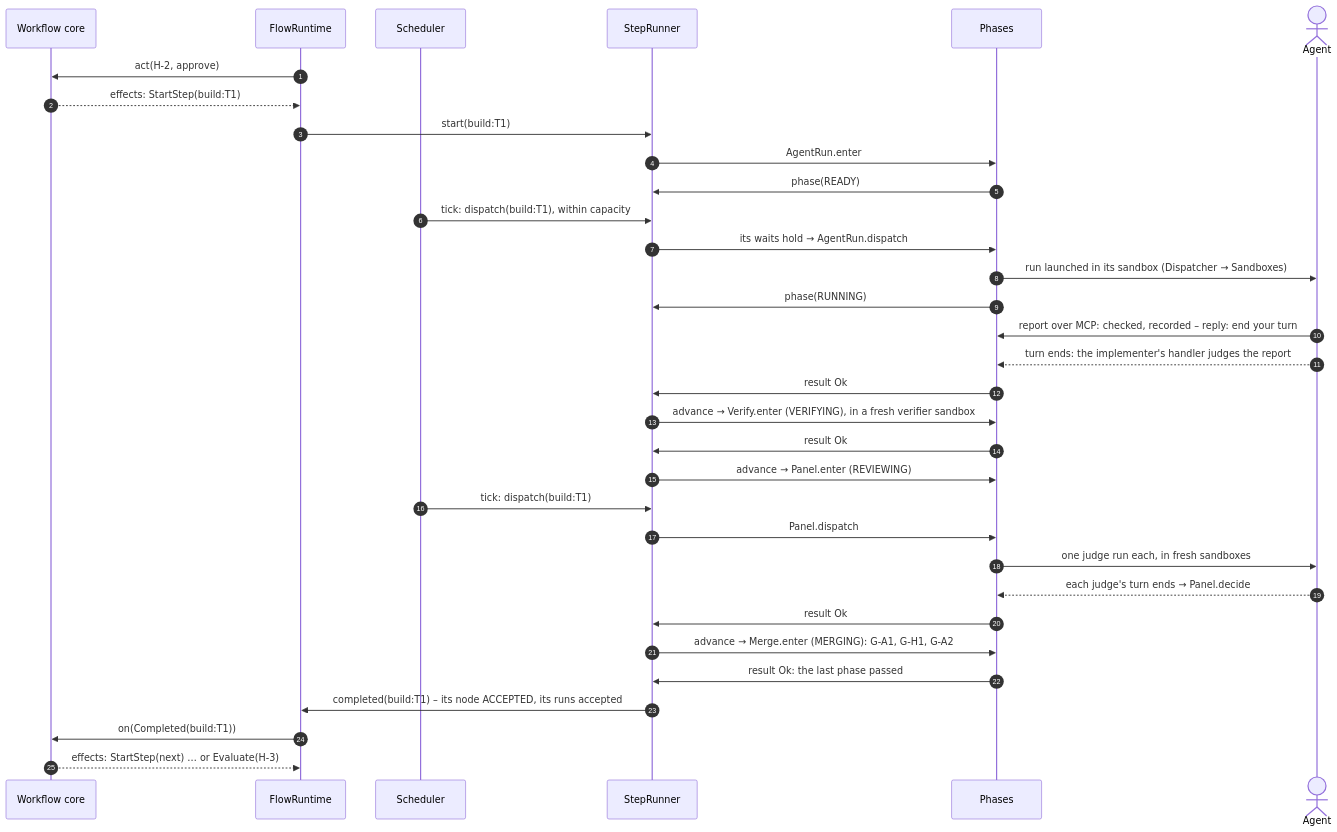
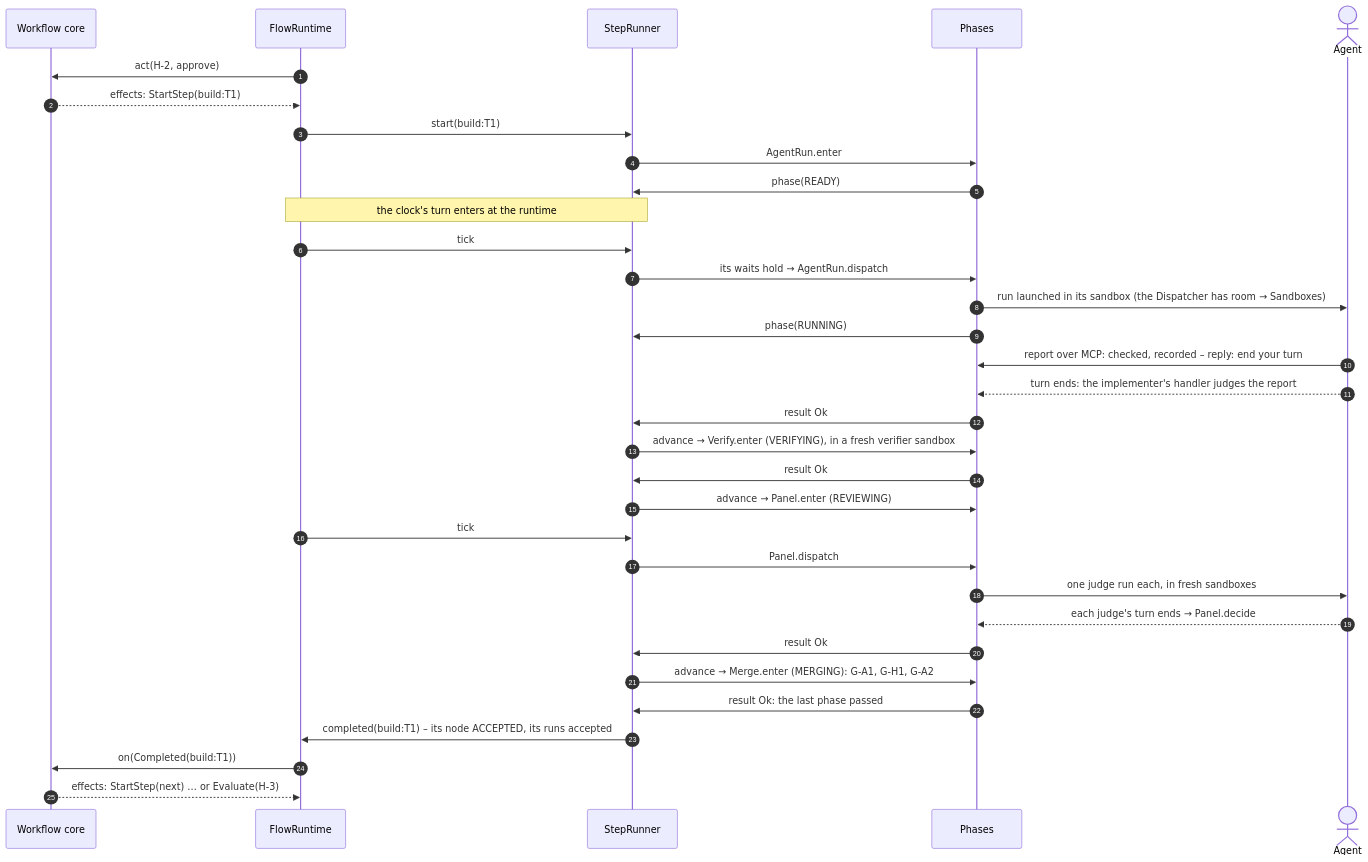
The second of 6 diagrams in docs/architecture.md (mr-miles/orchestrator), drawn with Mermaid before and after one commit. The commit also changed other lines of this file and 15 other files, not shown here.

First line of the commit message:
No scheduler: the clock cascades from the runtime; the limit is the dispatcher's

````diff
--- a/docs/architecture.md
+++ b/docs/architecture.md
@@ -118,36 +122,36 @@
 ```mermaid
 sequenceDiagram
     autonumber
     participant Core as Workflow core
     participant RT as FlowRuntime
-    participant Sch as Scheduler
     participant SR as StepRunner
     participant Ph as Phases
     actor Agent
 
     RT->>Core: act(H-2, approve)
     Core-->>RT: effects: StartStep(build:T1)
     RT->>SR: start(build:T1)
     SR->>Ph: AgentRun.enter
     Ph->>SR: phase(READY)
-    Sch->>SR: tick: dispatch(build:T1), within capacity
+    Note over RT,SR: the clock's turn enters at the runtime
+    RT->>SR: tick
     SR->>Ph: its waits hold → AgentRun.dispatch
-    Ph->>Agent: run launched in its sandbox (Dispatcher → Sandboxes)
+    Ph->>Agent: run launched in its sandbox (the Dispatcher has room → Sandboxes)
     Ph->>SR: phase(RUNNING)
     Agent->>Ph: report over MCP: checked, recorded – reply: end your turn
     Agent-->>Ph: turn ends: the implementer's handler judges the report
     Ph->>SR: result Ok
     SR->>Ph: advance → Verify.enter (VERIFYING), in a fresh verifier sandbox
     Ph->>SR: result Ok
     SR->>Ph: advance → Panel.enter (REVIEWING)
-    Sch->>SR: tick: dispatch(build:T1)
+    RT->>SR: tick
     SR->>Ph: Panel.dispatch
     Ph->>Agent: one judge run each, in fresh sandboxes
     Agent-->>Ph: each judge's turn ends → Panel.decide
     Ph->>SR: result Ok
     SR->>Ph: advance → Merge.enter (MERGING): G-A1, G-H1, G-A2
     Ph->>SR: result Ok: the last phase passed
     SR->>RT: completed(build:T1) – its node ACCEPTED, its runs accepted
     RT->>Core: on(Completed(build:T1))
     Core-->>RT: effects: StartStep(next) … or Evaluate(H-3)
 ```
````
